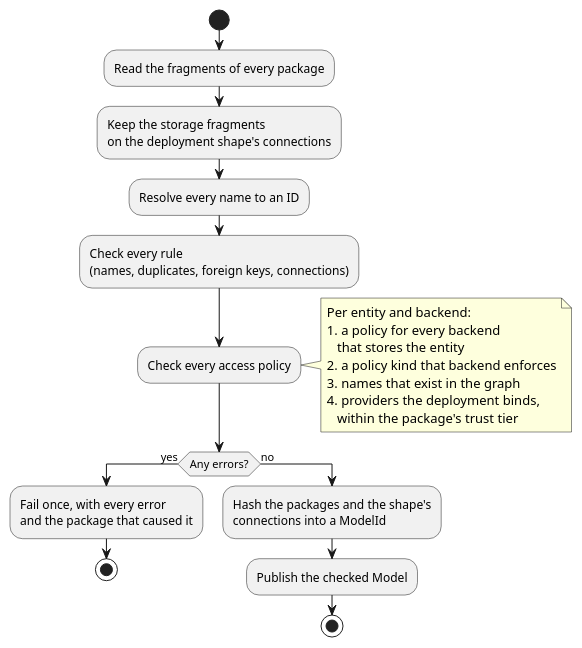
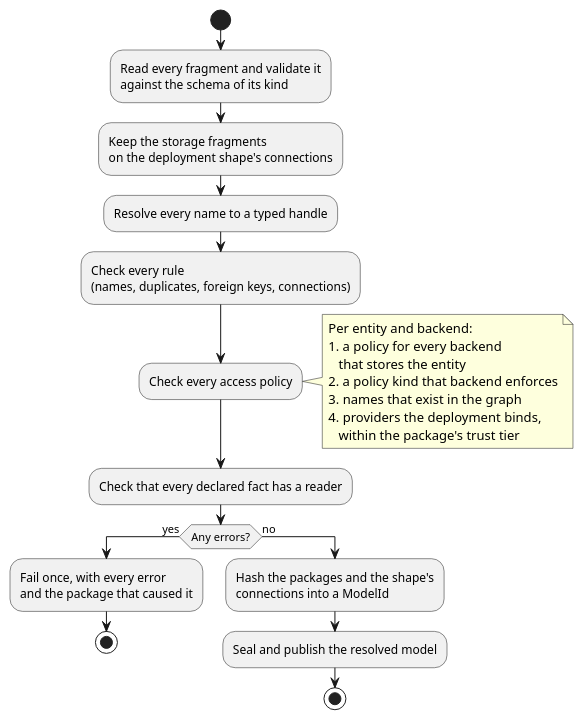
Before and after one commit to gitlabhq/orbit-knowledge-graph: the third of 10 diagrams in docs/pages/engineering/adr/024_pluggable_data_model.md, drawn with PlantUML. The commit also changed other lines of this file and 1 other file, not shown here.

First line of the commit message:
docs(adr): fold the sealed model and the uniform store contract into ADR 024

````diff
--- a/docs/pages/engineering/adr/024_pluggable_data_model.md
+++ b/docs/pages/engineering/adr/024_pluggable_data_model.md
@@ -259,29 +275,30 @@
 ```plantuml
 @startuml
 set separator none
 skinparam shadowing false
 start
-:Read the fragments of every package;
+:Read every fragment and validate it\nagainst the schema of its kind;
 :Keep the storage fragments\non the deployment shape's connections;
-:Resolve every name to an ID;
+:Resolve every name to a typed handle;
 :Check every rule\n(names, duplicates, foreign keys, connections);
 :Check every access policy;
 note right
   Per entity and backend:
   1. a policy for every backend
      that stores the entity
   2. a policy kind that backend enforces
   3. names that exist in the graph
   4. providers the deployment binds,
      within the package's trust tier
 end note
+:Check that every declared fact has a reader;
 if (Any errors?) then (yes)
   :Fail once, with every error\nand the package that caused it;
   stop
 else (no)
   :Hash the packages and the shape's\nconnections into a ModelId;
-  :Publish the checked Model;
+  :Seal and publish the resolved model;
   stop
 endif
 @enduml
 ```
````
